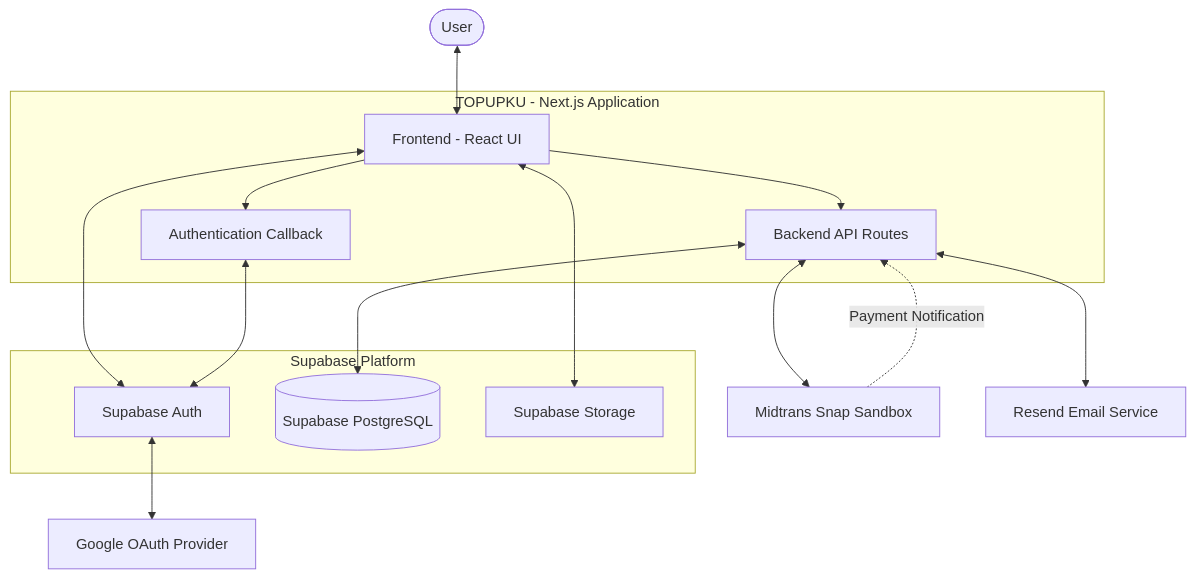
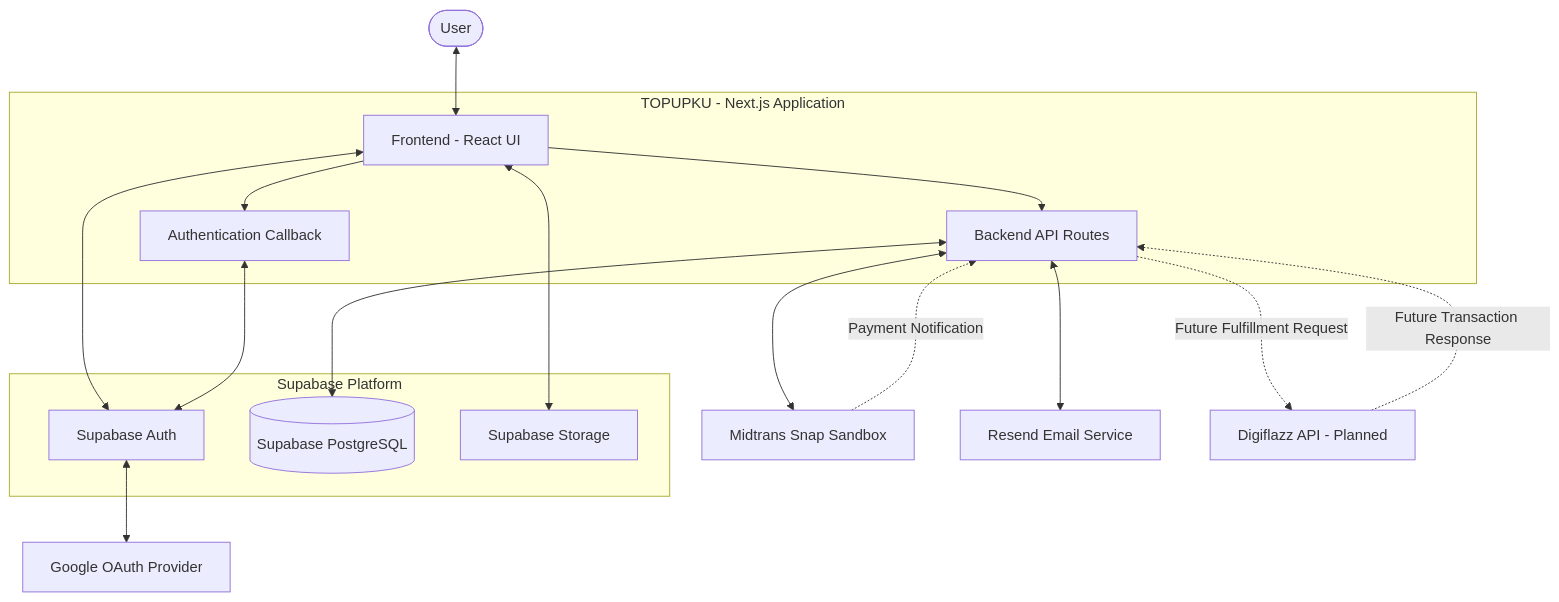
Before and after one commit to imammularif/topupku: the first of 9 diagrams in README.md, drawn with Mermaid. The commit also changed other lines of this file, not shown here.

````diff
--- a/README.md
+++ b/README.md
@@ -225,33 +239,37 @@
 ```mermaid
 flowchart TB
     U([User])
 
     subgraph APP["TOPUPKU - Next.js Application"]
         FE["Frontend - React UI"]
         AUTHCB["Authentication Callback"]
         API["Backend API Routes"]
 
         FE --> AUTHCB
         FE --> API
     end
 
     subgraph SUPABASE["Supabase Platform"]
         SA["Supabase Auth"]
         DB[("Supabase PostgreSQL")]
         STORAGE["Supabase Storage"]
     end
 
     GOOGLE["Google OAuth Provider"]
     MT["Midtrans Snap Sandbox"]
     RS["Resend Email Service"]
+    DF["Digiflazz API - Planned"]
 
     U <--> FE
     FE <--> SA
     SA <--> GOOGLE
     AUTHCB <--> SA
     API <--> DB
     API <--> MT
     MT -.->|"Payment Notification"| API
     API <--> RS
     FE <--> STORAGE
+
+    API -.->|"Future Fulfillment Request"| DF
+    DF -.->|"Future Transaction Response"| API
 ```
````
